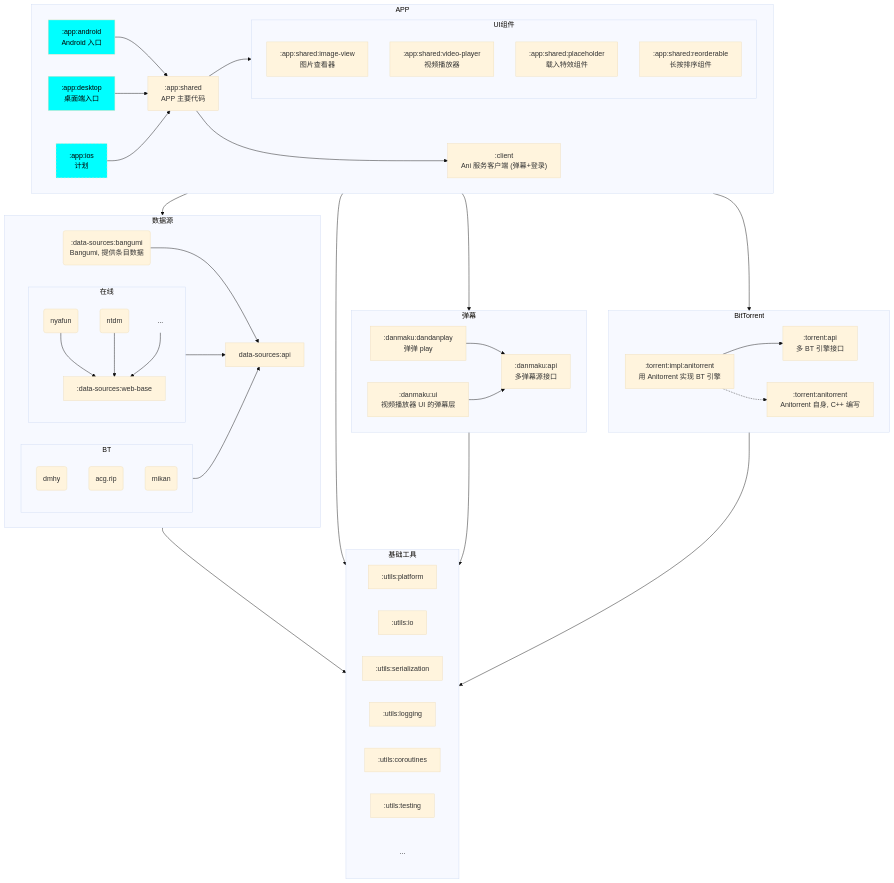
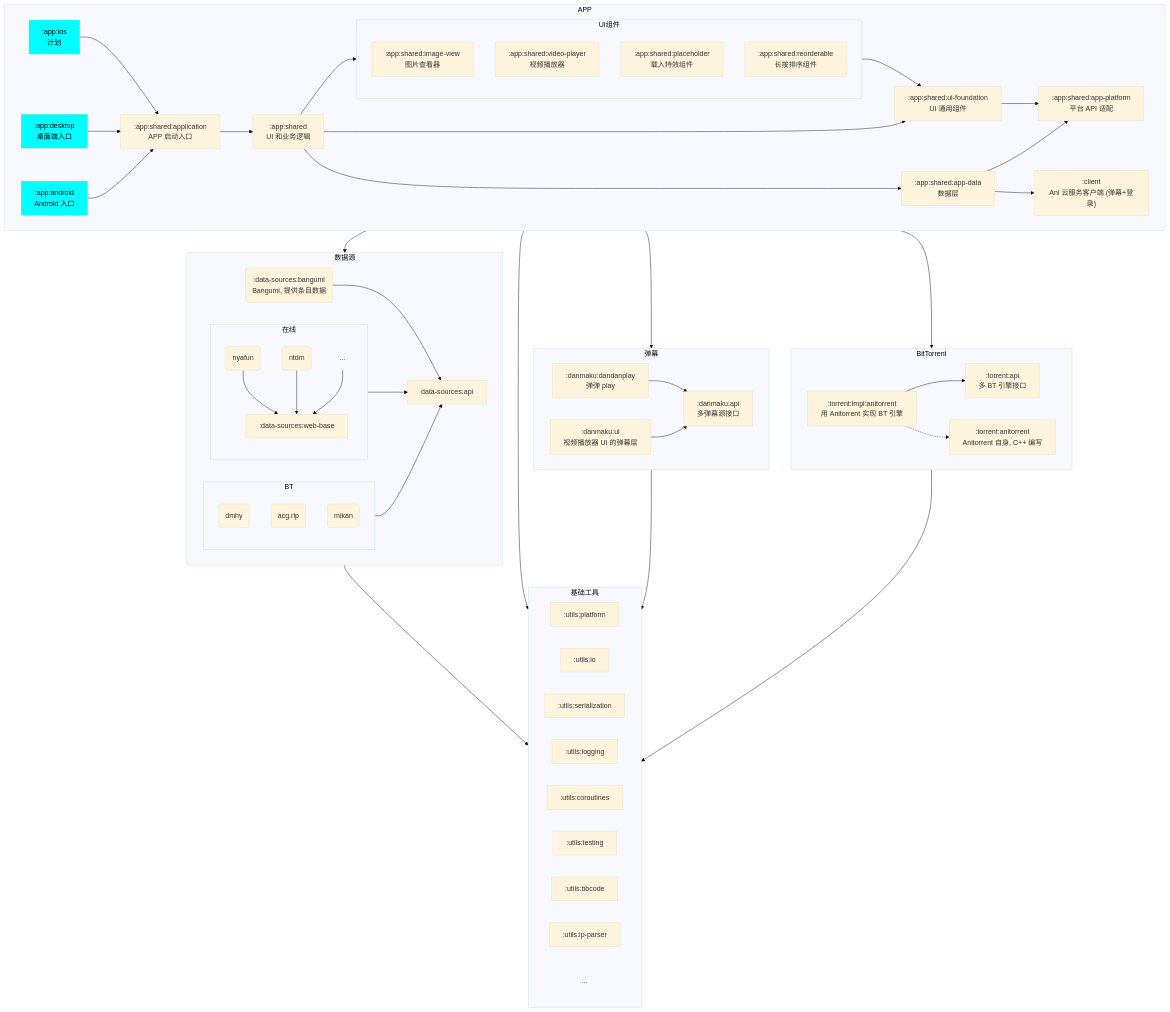
One commit to open-ani/ani changed the second of 2 diagrams in CONTRIBUTING.md. Above: the diagram before and after it, drawn with Mermaid (base theme).

Commit message:
Update CONTRIBUTING.md on new architecture

````diff
--- a/CONTRIBUTING.md
+++ b/CONTRIBUTING.md
@@ -169,6 +169,8 @@
         :utils:logging
         :utils:coroutines
         :utils:testing
+        :utils:bbcode
+        :utils:ip-parser
         :utils:...(...)
         class :utils:... omitted
     end
@@ -221,23 +223,30 @@
     APP --> BitTorrent
 
     subgraph "APP"
-        android[":app:android <br/> Android 入口"] --> shared
-        desktop[":app:desktop <br/> 桌面端入口"] --> shared
-        ios[":app:ios <br/> 计划"] --> shared
-        client[":client<br/>Ani 服务客户端 (弹幕+登录)"]
-        shared[":app:shared<br/>APP 主要代码"] --> client
+        android[":app:android <br/> Android 入口"] --> shared:application
+        desktop[":app:desktop <br/> 桌面端入口"] --> shared:application
+        ios[":app:ios <br/> 计划"] --> shared:application
+        shared:application[":app:shared:application<br/>APP 启动入口"] --> shared
+        shared:app-data[":app:shared:app-data<br/>数据层"]
+        shared:app-data --> shared:app-platform
+        shared:app-data --> client
+        shared:ui-foundation[":app:shared:ui-foundation<br/>UI 通用组件"] --> shared:app-platform
+        shared:app-platform[":app:shared:app-platform<br/>平台 API 适配"]
+        shared[":app:shared<br/>UI 和业务逻辑"] --> shared:app-data
+        shared --> shared:ui-foundation
+        client[":client<br/>Ani 云服务客户端 (弹幕+登录)"]
         style android fill: cyan, color: black
         style desktop fill: cyan, color: black
         style ios fill: cyan, stroke-dasharray: 4 4, color: black
 
         subgraph "UI组件"
-            direction TB
             image-viewer[:app:shared:image-view<br/>图片查看器]
             video-player[:app:shared:video-player<br/>视频播放器]
             placeholder[:app:shared:placeholder<br/>载入特效组件]
             reorderable[:app:shared:reorderable<br/>长按排序组件]
         end
 
+        UI组件 --> shared:ui-foundation
         shared --> UI组件
     end
 ```
````
